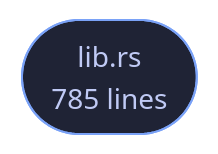
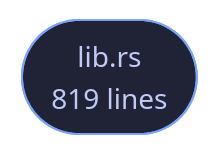
The diagram in crates/veilvoice-workspace/README.md (tilas01/veilvoice), drawn with Mermaid before and after one commit. The commit also changed other lines of this file and 40 other files, not shown here.

````diff
--- a/crates/veilvoice-workspace/README.md
+++ b/crates/veilvoice-workspace/README.md
@@ -98,6 +98,6 @@
 ```mermaid
 %%{init: {"theme":"base","themeVariables":{"background":"#1a1b26","primaryColor":"#1f2335","primaryTextColor":"#c0caf5","primaryBorderColor":"#7aa2f7","secondaryColor":"#16161e","tertiaryColor":"#16161e","lineColor":"#737aa2","textColor":"#c0caf5","mainBkg":"#1f2335","nodeBorder":"#7aa2f7","clusterBkg":"#16161e","clusterBorder":"#2f3549","fontFamily":"ui-monospace, SFMono-Regular, Consolas, monospace","fontSize":"14px"}}}%%
 flowchart TD
-    n_lib(["lib.rs<br/>785 lines"])
+    n_lib(["lib.rs<br/>819 lines"])
     click n_lib href "https://github.com/tilas01/veilvoice/blob/main/crates/veilvoice-workspace/src/lib.rs" "open the source"
 ```
````
